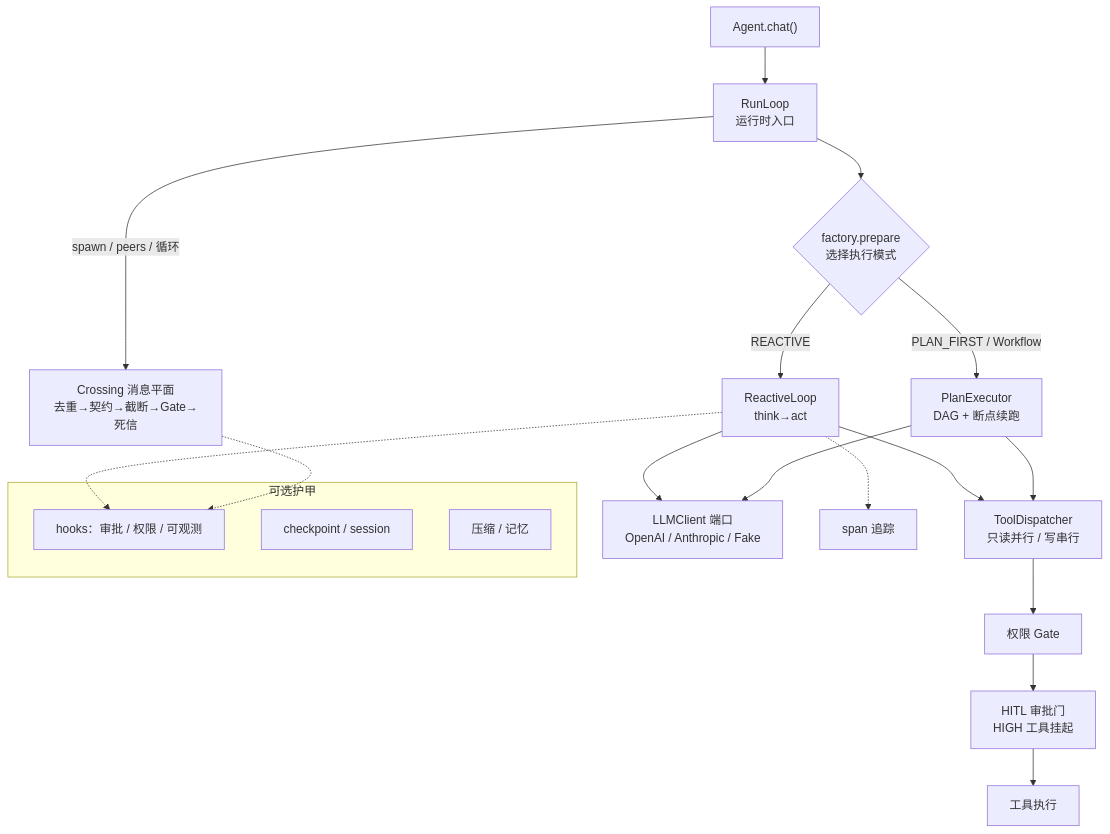
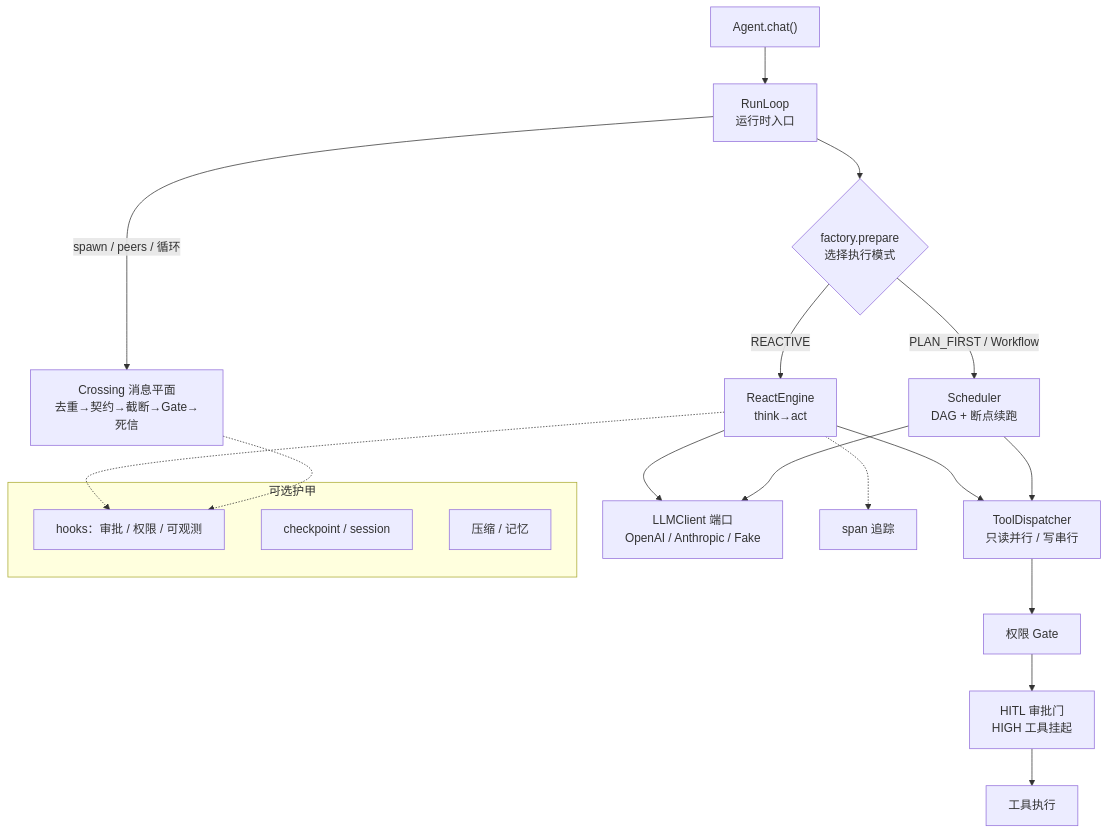
One commit to limenagent/prodagent changed the fourth of 4 diagrams in docs/book/ch01.md. Above: the diagram before and after it, drawn with Mermaid. The commit also changed other lines of this file and 133 other files, not shown here.

````diff
--- a/docs/book/ch01.md
+++ b/docs/book/ch01.md
@@ -412,23 +412,23 @@
 ```mermaid
 graph TD
     A["Agent.chat()"] --> B["RunLoop<br/>运行时入口"]
     B --> C{"factory.prepare<br/>选择执行模式"}
-    C -->|REACTIVE| D["ReactiveLoop<br/>think→act"]
-    C -->|PLAN_FIRST / Workflow| E["PlanExecutor<br/>DAG + 断点续跑"]
+    C -->|REACTIVE| D["ReactEngine<br/>think→act"]
+    C -->|PLAN_FIRST / Workflow| E["Scheduler<br/>DAG + 断点续跑"]
     D --> G["ToolDispatcher<br/>只读并行 / 写串行"]
     E --> G
     G --> H["权限 Gate"]
     H --> I["HITL 审批门<br/>HIGH 工具挂起"]
     I --> J["工具执行"]
     D --> K["LLMClient 端口<br/>OpenAI / Anthropic / Fake"]
     E --> K
     B -->|spawn / peers / 循环| L["Crossing 消息平面<br/>去重→契约→截断→Gate→死信"]
     subgraph 可选护甲
         M["hooks：审批 / 权限 / 可观测"]
         N["checkpoint / session"]
         O["压缩 / 记忆"]
     end
     D -.-> M
     L -.-> M
     D -.-> Q["span 追踪"]
 ```
````
